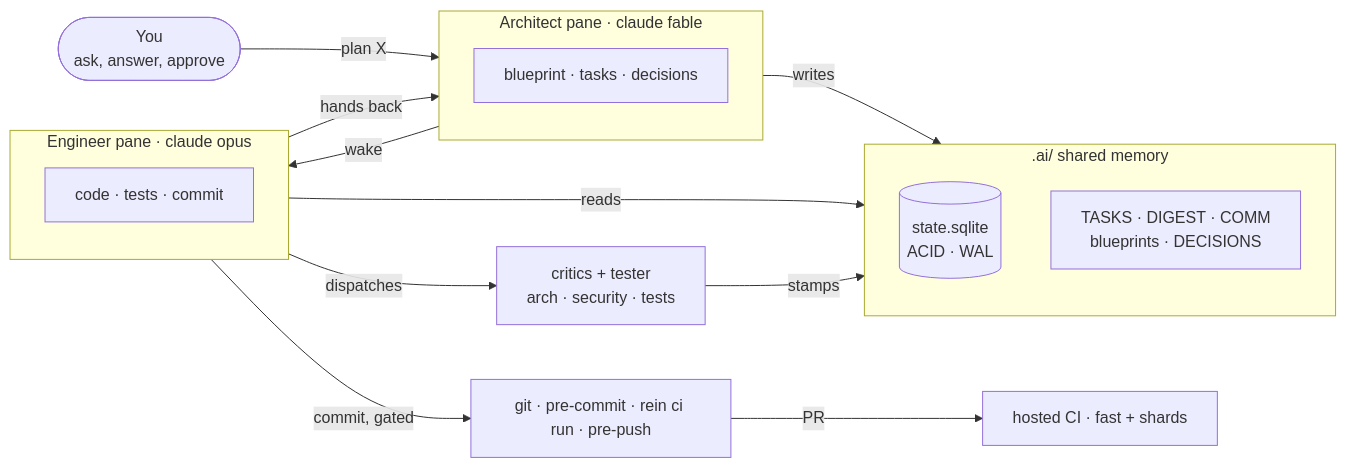
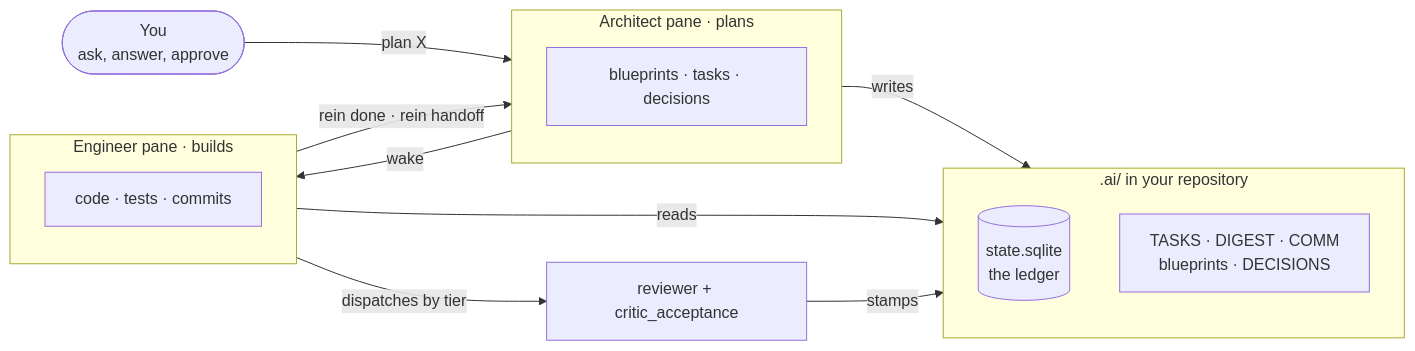
One commit to Vimurai/rein changed the first of 2 diagrams in docs/how-it-works.md. Above: the diagram before and after it, drawn with Mermaid. The commit also changed other lines of this file and 19 other files, not shown here.

````diff
--- a/docs/how-it-works.md
+++ b/docs/how-it-works.md
@@ -9,24 +15,22 @@
 ```mermaid
 flowchart LR
     You(["You<br/>ask, answer, approve"])
-    subgraph A["Architect pane · claude fable"]
-        A1["blueprint · tasks · decisions"]
+    subgraph A["Architect pane · plans"]
+        A1["blueprints · tasks · decisions"]
     end
-    subgraph E["Engineer pane · claude opus"]
-        E1["code · tests · commit"]
+    subgraph E["Engineer pane · builds"]
+        E1["code · tests · commits"]
     end
-    subgraph M[".ai/ shared memory"]
-        M1[("state.sqlite<br/>ACID · WAL")]
+    subgraph M[".ai/ in your repository"]
+        M1[("state.sqlite<br/>the ledger")]
         M2["TASKS · DIGEST · COMM<br/>blueprints · DECISIONS"]
     end
-    C["critics + tester<br/>arch · security · tests"]
+    R["reviewer + critic_acceptance"]
     You -->|"plan X"| A
     A -->|"writes"| M
     A -->|"wake"| E
     E -->|"reads"| M
-    E -->|"dispatches"| C
-    C -->|"stamps"| M
-    E -->|"hands back"| A
-    E -->|"commit, gated"| G["git · pre-commit · rein ci run · pre-push"]
-    G -->|"PR"| H["hosted CI · fast + shards"]
+    E -->|"dispatches by tier"| R
+    R -->|"stamps"| M
+    E -->|"rein done · rein handoff"| A
 ```
````
